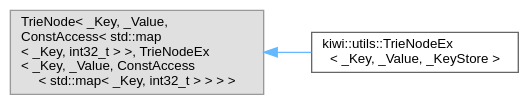
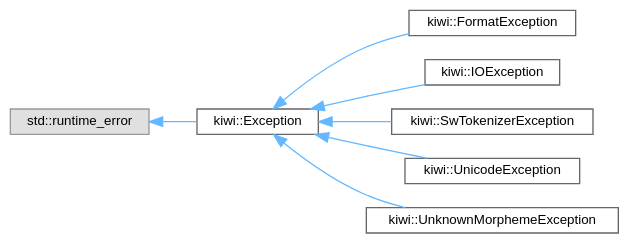
The diagram in inherit_graph_134.dot (bab2min/Kiwi), drawn with Graphviz before and after one commit. The commit also changed 150 other files, not shown here.

```diff
--- a/inherit_graph_134.dot
+++ b/inherit_graph_134.dot
@@ -1,11 +1,21 @@
 digraph "Graphical Class Hierarchy"
 {
  // LATEX_PDF_SIZE
   bgcolor="transparent";
   edge [fontname=Helvetica,fontsize=10,labelfontname=Helvetica,labelfontsize=10];
   node [fontname=Helvetica,fontsize=10,shape=box,height=0.2,width=0.4];
   rankdir="LR";
-  Node0 [id="Node000000",label="TrieNode\< _Key, _Value,\l ConstAccess\< std::map\l\< _Key, int32_t \> \>, TrieNodeEx\l\< _Key, _Value, ConstAccess\l\< std::map\< _Key, int32_t \> \> \> \>",height=0.2,width=0.4,color="grey60", fillcolor="#E0E0E0", style="filled",tooltip=" "];
-  Node0 -> Node1 [id="edge33_Node000000_Node000001",dir="back",color="steelblue1",style="solid",tooltip=" "];
-  Node1 [id="Node000001",label="kiwi::utils::TrieNodeEx\l\< _Key, _Value, _KeyStore \>",height=0.2,width=0.4,color="grey40", fillcolor="white", style="filled",URL="$structkiwi_1_1utils_1_1TrieNodeEx.html",tooltip=" "];
+  Node0 [id="Node000000",label="std::runtime_error",height=0.2,width=0.4,color="grey60", fillcolor="#E0E0E0", style="filled",tooltip=" "];
+  Node0 -> Node1 [id="edge24_Node000000_Node000001",dir="back",color="steelblue1",style="solid",tooltip=" "];
+  Node1 [id="Node000001",label="kiwi::Exception",height=0.2,width=0.4,color="grey40", fillcolor="white", style="filled",URL="$classkiwi_1_1Exception.html",tooltip=" "];
+  Node1 -> Node2 [id="edge25_Node000001_Node000002",dir="back",color="steelblue1",style="solid",tooltip=" "];
+  Node2 [id="Node000002",label="kiwi::FormatException",height=0.2,width=0.4,color="grey40", fillcolor="white", style="filled",URL="$classkiwi_1_1FormatException.html",tooltip=" "];
+  Node1 -> Node3 [id="edge26_Node000001_Node000003",dir="back",color="steelblue1",style="solid",tooltip=" "];
+  Node3 [id="Node000003",label="kiwi::IOException",height=0.2,width=0.4,color="grey40", fillcolor="white", style="filled",URL="$classkiwi_1_1IOException.html",tooltip=" "];
+  Node1 -> Node4 [id="edge27_Node000001_Node000004",dir="back",color="steelblue1",style="solid",tooltip=" "];
+  Node4 [id="Node000004",label="kiwi::SwTokenizerException",height=0.2,width=0.4,color="grey40", fillcolor="white", style="filled",URL="$classkiwi_1_1SwTokenizerException.html",tooltip=" "];
+  Node1 -> Node5 [id="edge28_Node000001_Node000005",dir="back",color="steelblue1",style="solid",tooltip=" "];
+  Node5 [id="Node000005",label="kiwi::UnicodeException",height=0.2,width=0.4,color="grey40", fillcolor="white", style="filled",URL="$classkiwi_1_1UnicodeException.html",tooltip=" "];
+  Node1 -> Node6 [id="edge29_Node000001_Node000006",dir="back",color="steelblue1",style="solid",tooltip=" "];
+  Node6 [id="Node000006",label="kiwi::UnknownMorphemeException",height=0.2,width=0.4,color="grey40", fillcolor="white", style="filled",URL="$classkiwi_1_1UnknownMorphemeException.html",tooltip=" "];
 }
```
